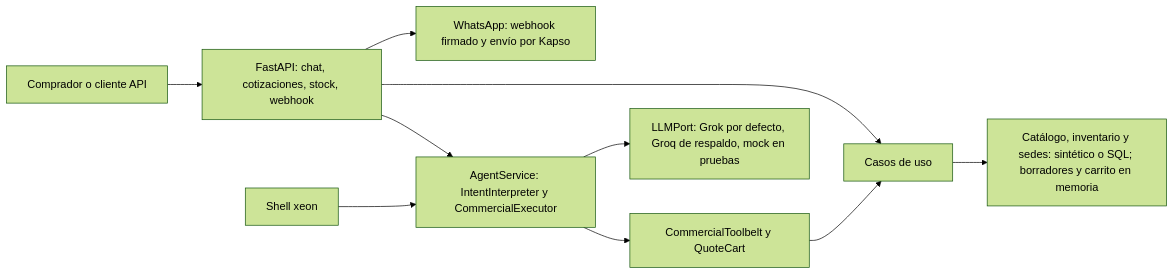
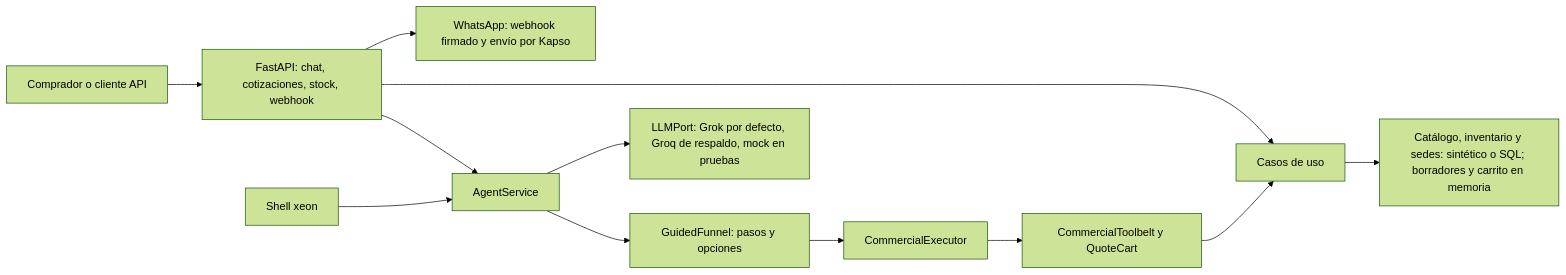
One commit to TuMinipeka/Xeon-agente-cotizaciones changed the diagram in wiki/pages/arquitectura-actual.md. Above: the diagram before and after it, drawn with Mermaid (forest theme). The commit also changed other lines of this file and 24 other files, not shown here.

````diff
--- a/wiki/pages/arquitectura-actual.md
+++ b/wiki/pages/arquitectura-actual.md
@@ -10,12 +10,14 @@
 ```mermaid
 flowchart LR
   C[Comprador o cliente API] --> A[FastAPI: chat, cotizaciones, stock, webhook]
-  A --> S[AgentService: IntentInterpreter y CommercialExecutor]
-  S --> T[CommercialToolbelt y QuoteCart]
+  A --> S[AgentService]
+  S --> G[GuidedFunnel: pasos y opciones]
+  G --> X2[CommercialExecutor]
+  X2 --> T[CommercialToolbelt y QuoteCart]
   T --> U
   A --> U[Casos de uso]
   S --> L[LLMPort: Grok por defecto, Groq de respaldo, mock en pruebas]
   U --> M[Catálogo, inventario y sedes: sintético o SQL; borradores y carrito en memoria]
   A --> E[WhatsApp: webhook firmado y envío por Kapso]
   X[Shell xeon] --> S
 ```
````
